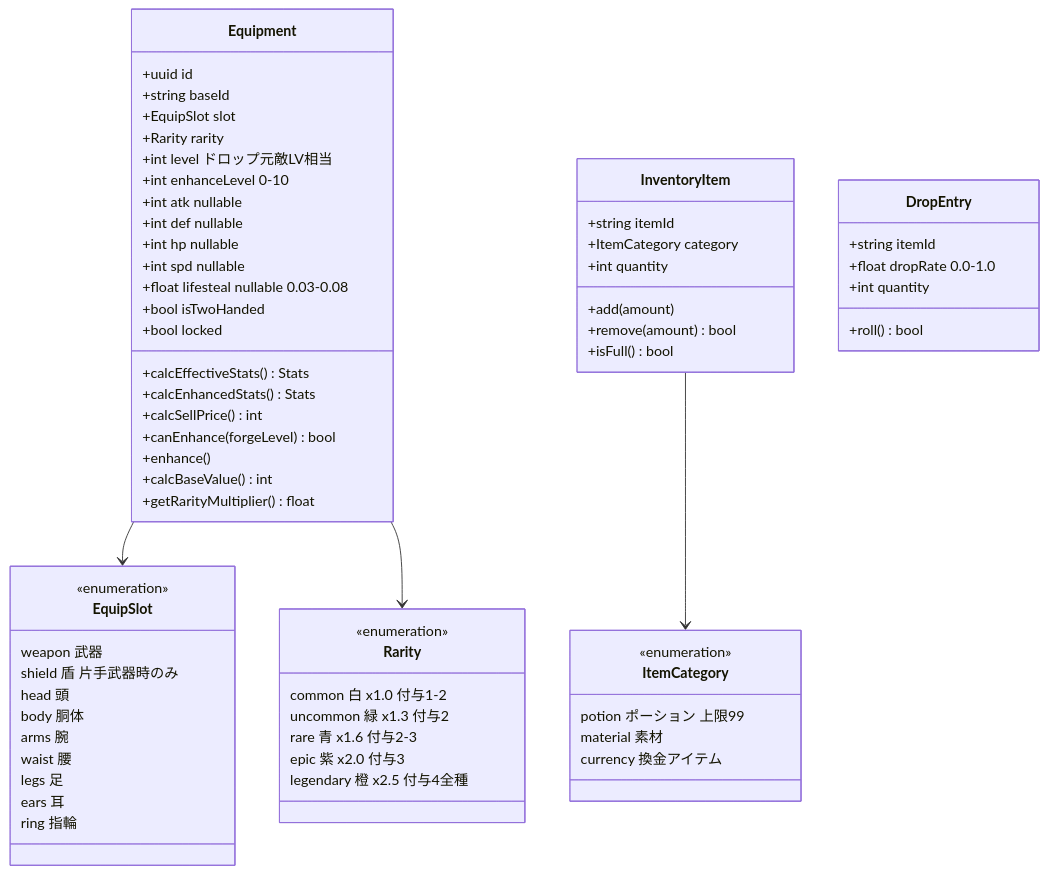
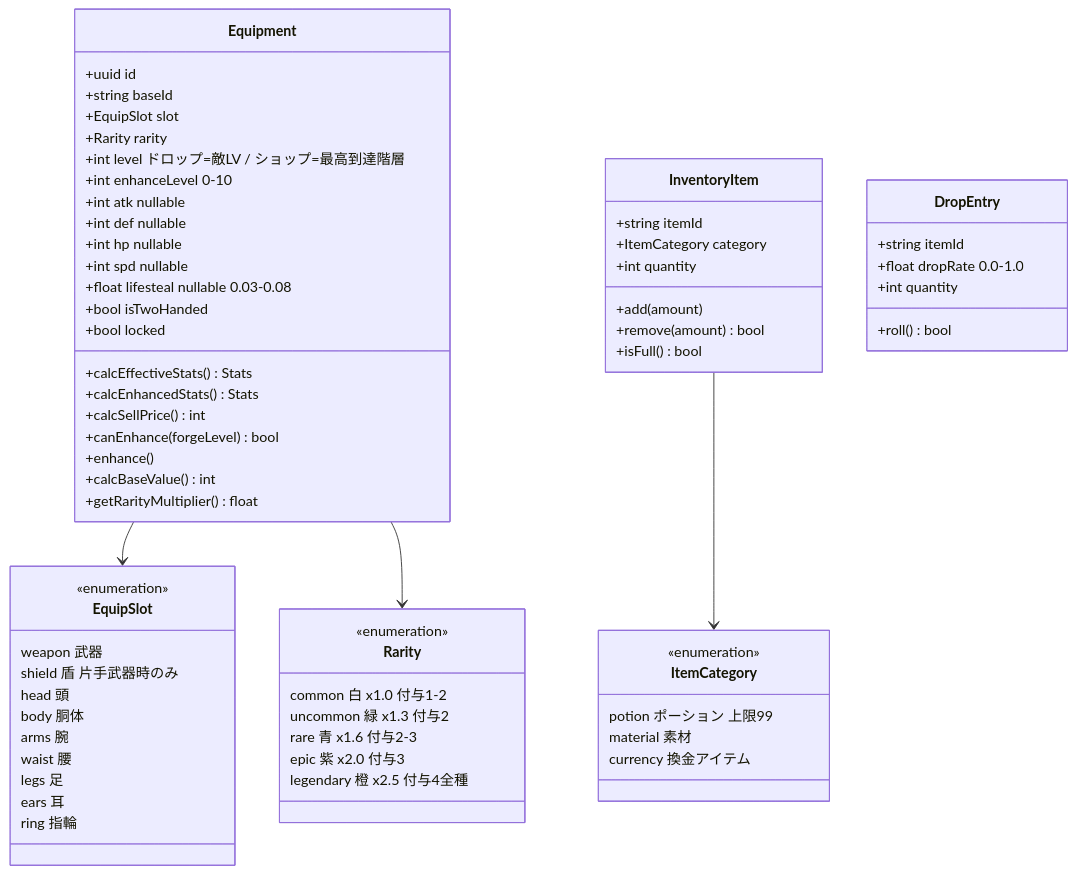
Before and after one commit to dateeee/2026_AFKGAME: the first of 3 diagrams in diagrams/class_diagram/item.md, drawn with Mermaid. The commit also changed other lines of this file and 14 other files, not shown here.

First line of the commit message:
docs: レビュー指摘20件を仕様書・設計図へ反映

````diff
--- a/diagrams/class_diagram/item.md
+++ b/diagrams/class_diagram/item.md
@@ -7,77 +7,77 @@
 ```mermaid
 %%{init: {'theme': 'default', 'themeVariables': {'fontSize': '16px'}} }%%
 classDiagram
     direction TB
 
     class Equipment {
         +uuid id
         +string baseId
         +EquipSlot slot
         +Rarity rarity
-        +int level  ドロップ元敵LV相当
+        +int level  ドロップ=敵LV / ショップ=最高到達階層
         +int enhanceLevel  0-10
         +int atk  nullable
         +int def  nullable
         +int hp  nullable
         +int spd  nullable
         +float lifesteal  nullable 0.03-0.08
         +bool isTwoHanded
         +bool locked
         +calcEffectiveStats() Stats
         +calcEnhancedStats() Stats
         +calcSellPrice() int
         +canEnhance(forgeLevel) bool
         +enhance()
         +calcBaseValue() int
         +getRarityMultiplier() float
     }
 
     class EquipSlot {
         <<enumeration>>
         weapon  武器
         shield  盾 片手武器時のみ
         head  頭
         body  胴体
         arms  腕
         waist  腰
         legs  足
         ears  耳
         ring  指輪
     }
 
     class Rarity {
         <<enumeration>>
         common  白 x1.0 付与1-2
         uncommon  緑 x1.3 付与2
         rare  青 x1.6 付与2-3
         epic  紫 x2.0 付与3
         legendary  橙 x2.5 付与4全種
     }
 
     class InventoryItem {
         +string itemId
         +ItemCategory category
         +int quantity
         +add(amount)
         +remove(amount) bool
         +isFull() bool
     }
 
     class ItemCategory {
         <<enumeration>>
         potion  ポーション 上限99
         material  素材
         currency  換金アイテム
     }
 
     class DropEntry {
         +string itemId
         +float dropRate  0.0-1.0
         +int quantity
         +roll() bool
     }
 
     Equipment --> EquipSlot
     Equipment --> Rarity
     InventoryItem --> ItemCategory
 ```
````
